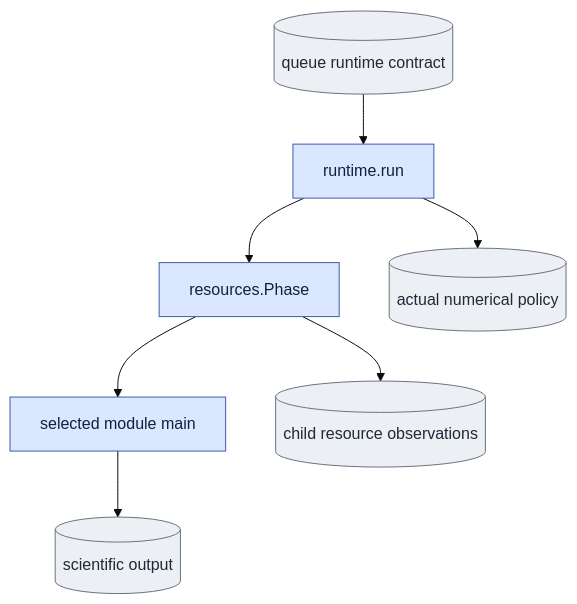
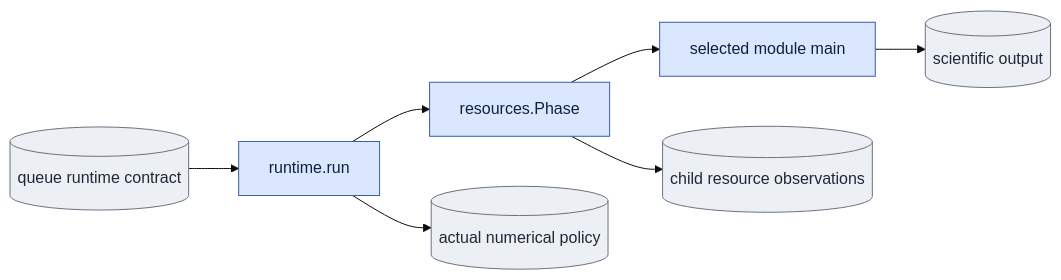
Before and after one commit to AtlantixJJ/LTX-2: the diagram in scripts/onestep_avatar/doc/execution/runtime.md, drawn with Mermaid (base theme). The commit also changed 161 other files, not shown here.

````diff
--- a/scripts/onestep_avatar/doc/execution/runtime.md
+++ b/scripts/onestep_avatar/doc/execution/runtime.md
@@ -21,13 +21,13 @@
 ```mermaid
-flowchart TD
+flowchart LR
   C[("queue runtime contract")] --> R["runtime.run"]
   R --> P["resources.Phase"]
   P --> M["selected module main"]
   M --> E[("scientific output")]
   P --> O[("child resource observations")]
   R --> N[("actual numerical policy")]
   classDef code fill:#dbe7ff,stroke:#3b5ea8,color:#10203f;
   classDef disk fill:#eceff3,stroke:#6b7280,color:#1f2937;
   class R,P,M code;
   class C,E,O,N disk;
 ```
````
